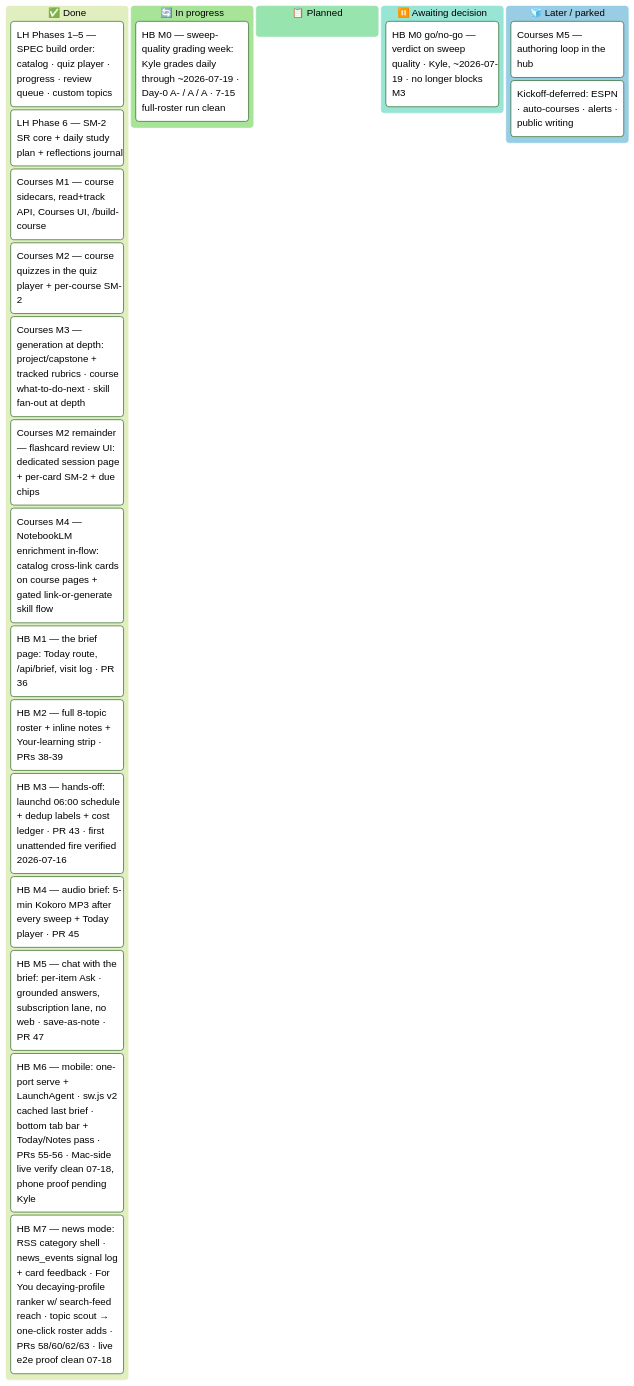
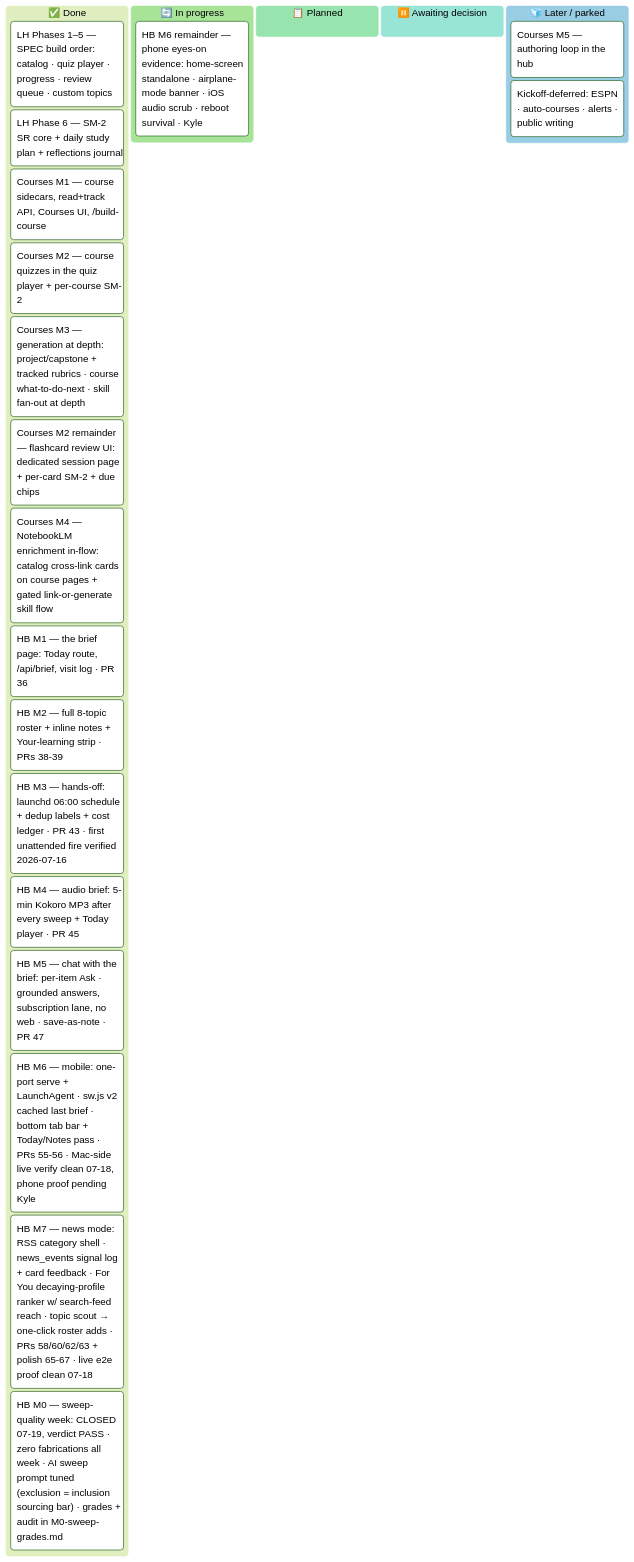
Before and after one commit to ksdisch/home-base: the diagram in docs/MASTER_PLAN.md, drawn with Mermaid (forest theme). The commit also changed other lines of this file and 4 other files, not shown here.

First line of the commit message:
docs: M0 closed — week's grades + source-verified audit, verdict PASS (AI prompt tuned)

````diff
--- a/docs/MASTER_PLAN.md
+++ b/docs/MASTER_PLAN.md
@@ -39,26 +41,26 @@
 ```mermaid
 kanban
   done["✅ Done"]
     lh15["LH Phases 1–5 — SPEC build order: catalog · quiz player · progress · review queue · custom topics"]
     lh6["LH Phase 6 — SM-2 SR core + daily study plan + reflections journal"]
     lh7["Courses M1 — course sidecars, read+track API, Courses UI, /build-course"]
     lh7m2["Courses M2 — course quizzes in the quiz player + per-course SM-2"]
     lh7m3["Courses M3 — generation at depth: project/capstone + tracked rubrics · course what-to-do-next · skill fan-out at depth"]
     lh7fc["Courses M2 remainder — flashcard review UI: dedicated session page + per-card SM-2 + due chips"]
     lh7m4["Courses M4 — NotebookLM enrichment in-flow: catalog cross-link cards on course pages + gated link-or-generate skill flow"]
     hbm1["HB M1 — the brief page: Today route, /api/brief, visit log · PR 36"]
     hbm2["HB M2 — full 8-topic roster + inline notes + Your-learning strip · PRs 38-39"]
     hbm3["HB M3 — hands-off: launchd 06:00 schedule + dedup labels + cost ledger · PR 43 · first unattended fire verified 2026-07-16"]
     hbm4["HB M4 — audio brief: 5-min Kokoro MP3 after every sweep + Today player · PR 45"]
     hbm5["HB M5 — chat with the brief: per-item Ask · grounded answers, subscription lane, no web · save-as-note · PR 47"]
     hbm6["HB M6 — mobile: one-port serve + LaunchAgent · sw.js v2 cached last brief · bottom tab bar + Today/Notes pass · PRs 55-56 · Mac-side live verify clean 07-18, phone proof pending Kyle"]
-    hbm7["HB M7 — news mode: RSS category shell · news_events signal log + card feedback · For You decaying-profile ranker w/ search-feed reach · topic scout → one-click roster adds · PRs 58/60/62/63 · live e2e proof clean 07-18"]
+    hbm7["HB M7 — news mode: RSS category shell · news_events signal log + card feedback · For You decaying-profile ranker w/ search-feed reach · topic scout → one-click roster adds · PRs 58/60/62/63 + polish 65-67 · live e2e proof clean 07-18"]
+    hbm0["HB M0 — sweep-quality week: CLOSED 07-19, verdict PASS · zero fabrications all week · AI sweep prompt tuned (exclusion = inclusion sourcing bar) · grades + audit in M0-sweep-grades.md"]
   doing["🔄 In progress"]
-    hbm0["HB M0 — sweep-quality grading week: Kyle grades daily through ~2026-07-19 · Day-0 A- / A / A · 7-15 full-roster run clean"]
+    hbm6proof["HB M6 remainder — phone eyes-on evidence: home-screen standalone · airplane-mode banner · iOS audio scrub · reboot survival · Kyle"]
   next["📋 Planned"]
   decide["⏸️ Awaiting decision"]
-    hbm0verdict["HB M0 go/no-go — verdict on sweep quality · Kyle, ~2026-07-19 · no longer blocks M3"]
   later["🧊 Later / parked"]
     cm5["Courses M5 — authoring loop in the hub"]
     defer["Kickoff-deferred: ESPN · auto-courses · alerts · public writing"]
 ```
````
